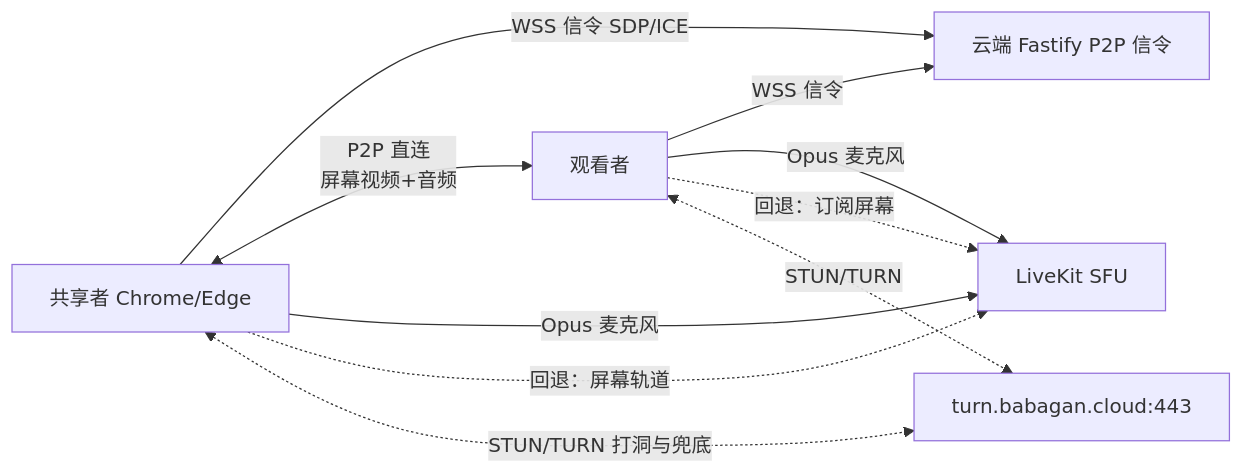
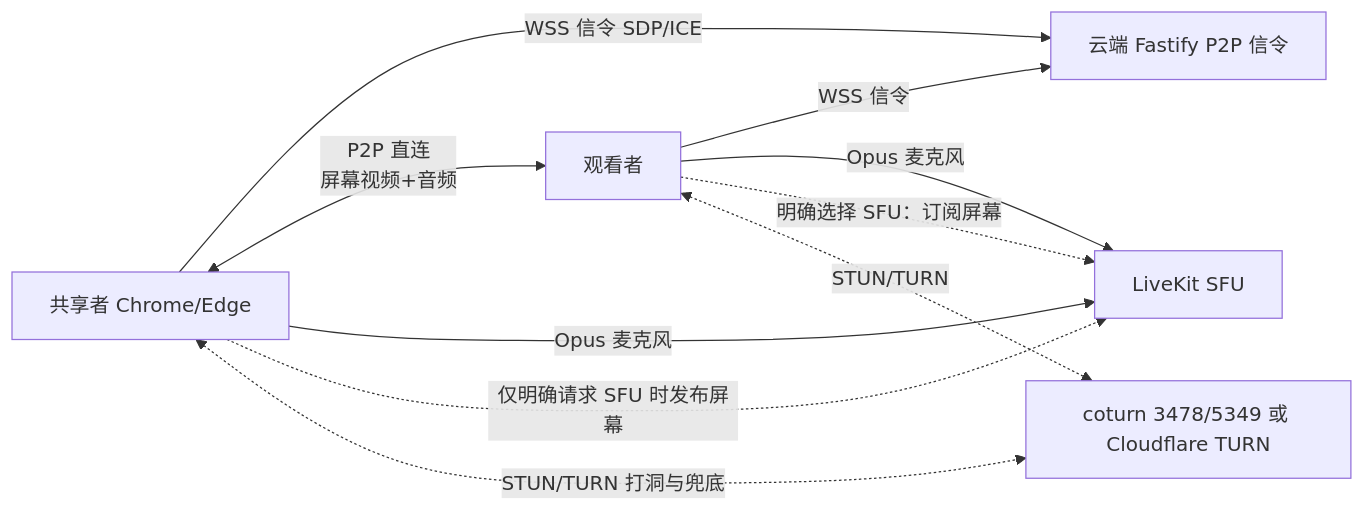
Before and after one commit to luorguanghui/babagan-web-meeting: the diagram in docs/07-p2p-screen-share-design.md, drawn with Mermaid. The commit also changed other lines of this file and 28 other files, not shown here.

````diff
--- a/docs/07-p2p-screen-share-design.md
+++ b/docs/07-p2p-screen-share-design.md
@@ -33,12 +33,12 @@
 ```mermaid
 flowchart LR
     S[共享者 Chrome/Edge] -->|WSS 信令 SDP/ICE| C[云端 Fastify P2P 信令]
     V[观看者] -->|WSS 信令| C
     S <-->|"P2P 直连<br/>屏幕视频+音频"| V
     S -->|"Opus 麦克风"| L[LiveKit SFU]
     V -->|"Opus 麦克风"| L
-    S -.->|"回退：屏幕轨道"| L
-    V -.->|"回退：订阅屏幕"| L
-    S <-.->|"STUN/TURN 打洞与兜底"| T[turn.babagan.cloud:443]
+    S -.->|"仅明确请求 SFU 时发布屏幕"| L
+    V -.->|"明确选择 SFU：订阅屏幕"| L
+    S <-.->|"STUN/TURN 打洞与兜底"| T[coturn 3478/5349 或 Cloudflare TURN]
     V <-.->|"STUN/TURN"| T
 ```
````
